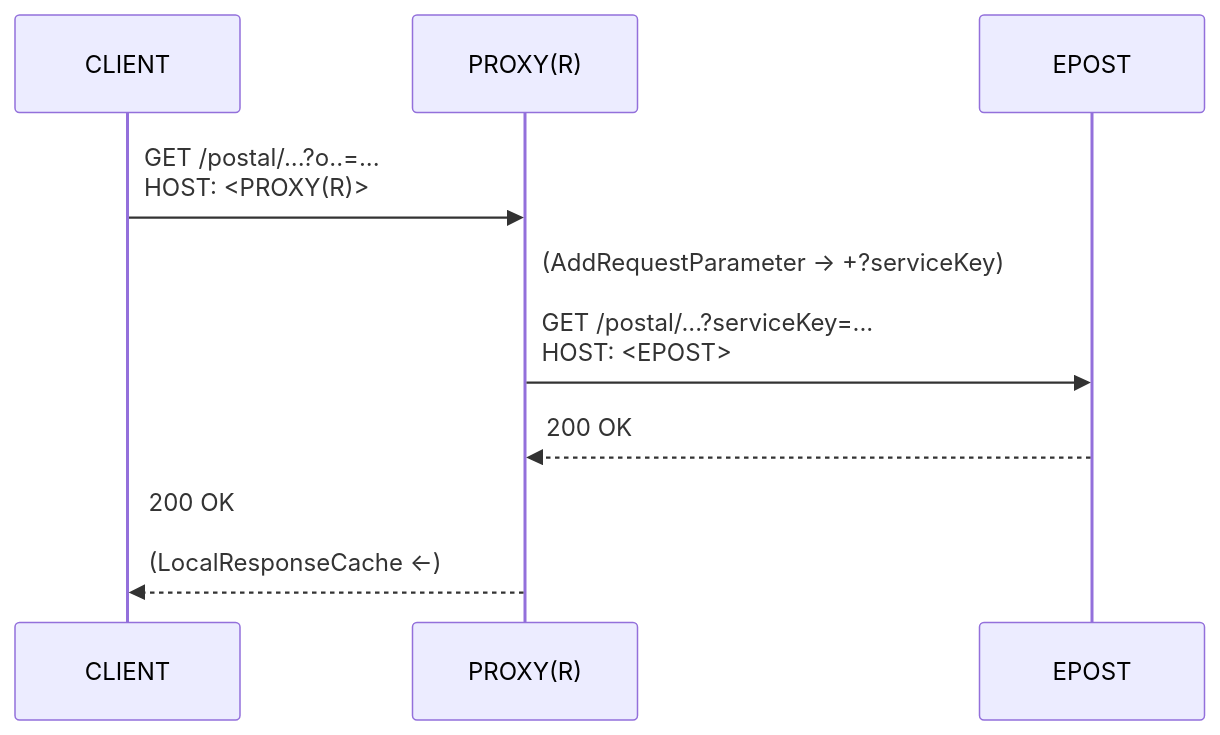
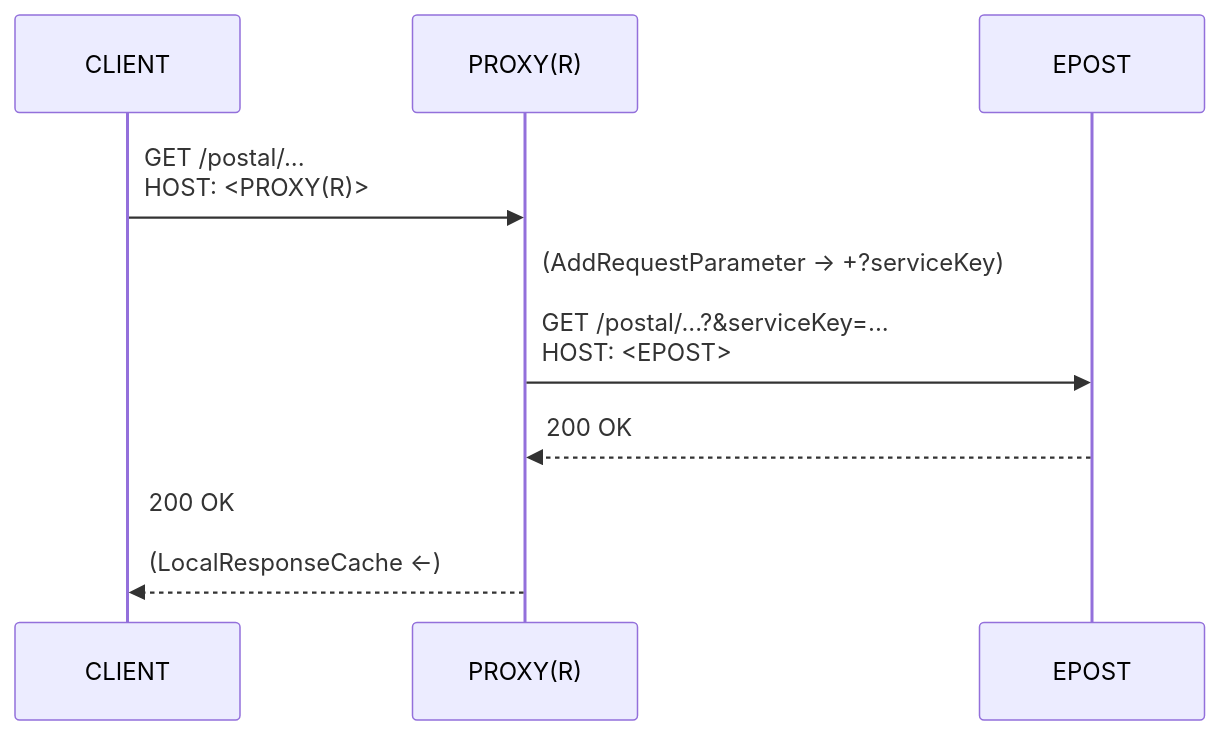
One commit to jinahya/epost-openapi-proxy changed the second of 3 diagrams in README.md. Above: the diagram before and after it, drawn with Mermaid. The commit also changed other lines of this file and 2 other files, not shown here.

````diff
--- a/README.md
+++ b/README.md
@@ -32,13 +32,13 @@
 ```mermaid
 %%{init: {
   'sequence': {
     'messageAlign': 'left'
    },
   'fontFamily': 'monospace'
 }}%%
 sequenceDiagram
-    CLIENT->>PROXY(R): GET /postal/...?o..=...<br>HOST: <PROXY(R)>
-    PROXY(R)->>EPOST: (AddRequestParameter -> +?serviceKey)<br><br>GET /postal/...?serviceKey=...<br>HOST: <EPOST>
+    CLIENT->>PROXY(R): GET /postal/...<br>HOST: <PROXY(R)>
+    PROXY(R)->>EPOST: (AddRequestParameter -> +?serviceKey)<br><br>GET /postal/...?&serviceKey=...<br>HOST: <EPOST>
     EPOST-->>PROXY(R): 200 OK
     PROXY(R)-->>CLIENT: 200 OK<br><br>(LocalResponseCache <-)
 ```
````
